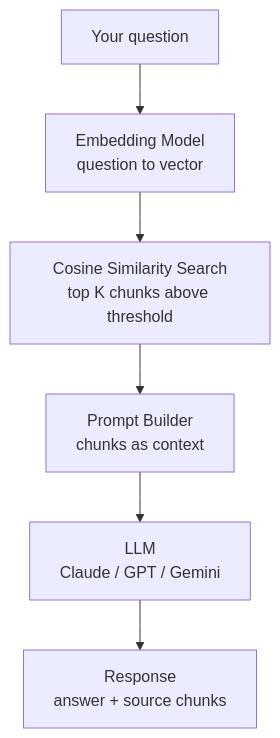
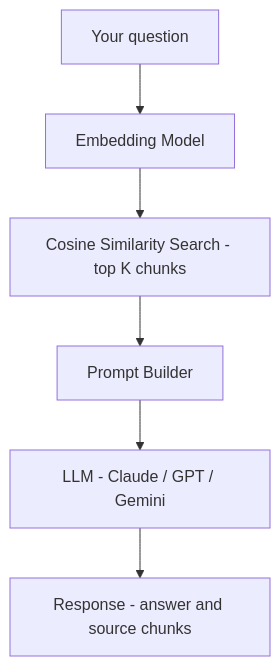
One commit to satulurideepak4/summarize-document changed the second of 3 diagrams in README.md. Above: the diagram before and after it, drawn with Mermaid. The commit also changed other lines of this file, not shown here.

````diff
--- a/README.md
+++ b/README.md
@@ -39,8 +39,8 @@
 ```mermaid
 flowchart TD
-    A[Your question] --> B[Embedding Model\nquestion to vector]
-    B --> C[Cosine Similarity Search\ntop K chunks above threshold]
-    C --> D[Prompt Builder\nchunks as context]
-    D --> E[LLM\nClaude / GPT / Gemini]
-    E --> F[Response\nanswer + source chunks]
+    A[Your question] --> B[Embedding Model]
+    B --> C[Cosine Similarity Search - top K chunks]
+    C --> D[Prompt Builder]
+    D --> E[LLM - Claude / GPT / Gemini]
+    E --> F[Response - answer and source chunks]
 ```
````
